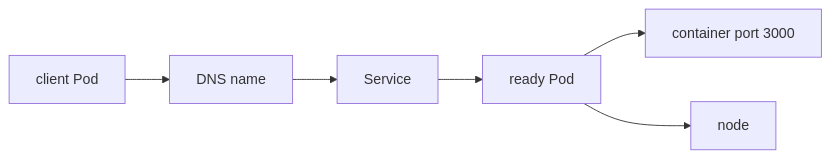
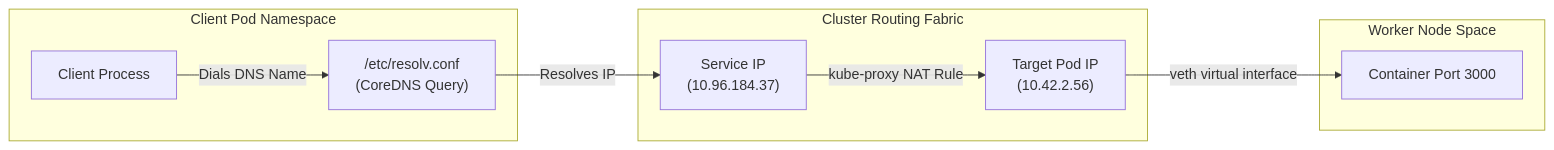
One commit to senlinyy/dev-roadmaps changed the second of 2 diagrams in containers-orchestration/kubernetes/fundamentals/cluster-mental-model.md. Above: the diagram before and after it, drawn with Mermaid. The commit also changed other lines of this file and 343 other files, not shown here.

````diff
--- a/containers-orchestration/kubernetes/fundamentals/cluster-mental-model.md
+++ b/containers-orchestration/kubernetes/fundamentals/cluster-mental-model.md
@@ -249,8 +367,13 @@
 ```mermaid
 flowchart LR
-    A["client Pod"] --> B["DNS name"]
-    B --> C["Service"]
-    C --> D["ready Pod"]
-    D --> E["container port 3000"]
-    D --> F["node"]
+    subgraph ClientPod["Client Pod Namespace"]
+        A["Client Process"] --> |Dials DNS Name| B["/etc/resolv.conf<br/>(CoreDNS Query)"]
+    end
+    subgraph ClusterNetwork["Cluster Routing Fabric"]
+        B --> |Resolves IP| C["Service IP<br/>(10.96.184.37)"]
+        C --> |kube-proxy NAT Rule| D["Target Pod IP<br/>(10.42.2.56)"]
+    end
+    subgraph WorkerHost["Worker Node Space"]
+        D --> |veth virtual interface| E["Container Port 3000"]
+    end
 ```
````
